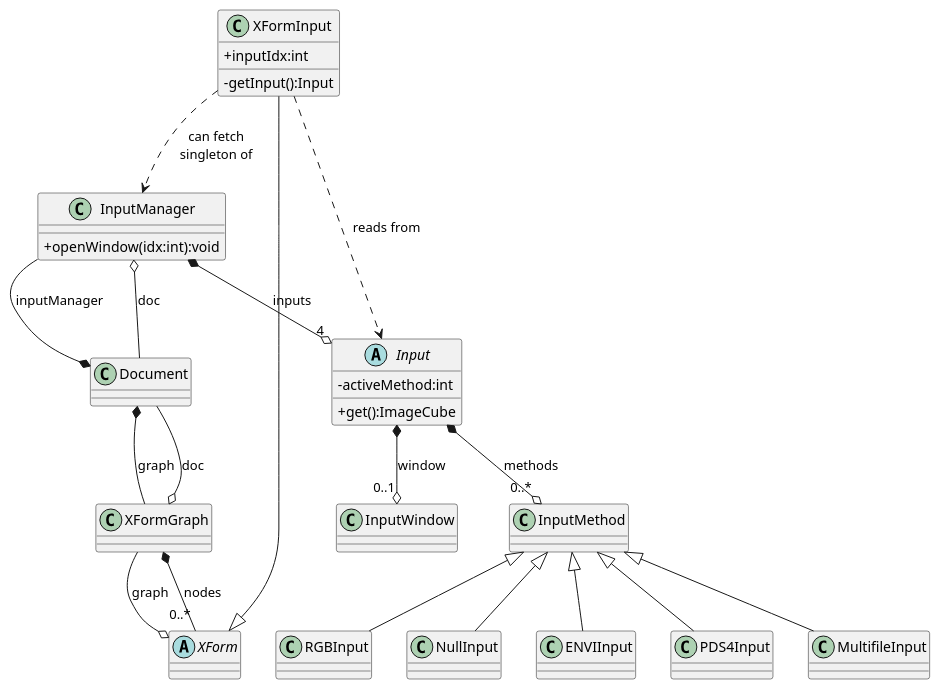
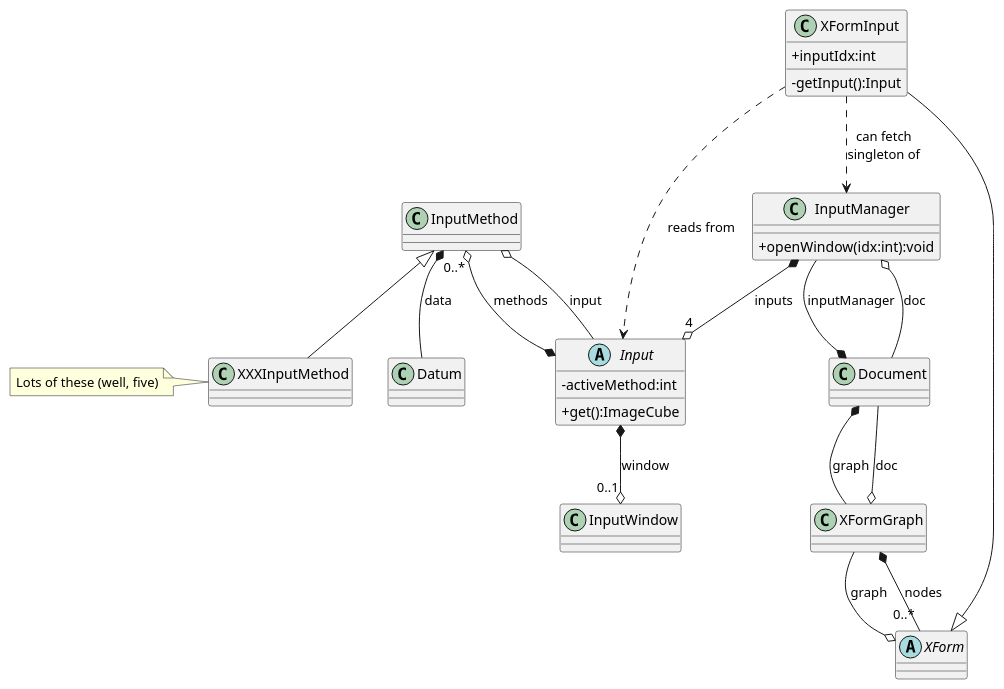
One commit to AU-ExoMars/PCOT changed the diagram in docs/inputs.plantuml. Above: the diagram before and after it, drawn with PlantUML. The commit also changed 16 other files, not shown here.

```diff
--- a/docs/inputs.plantuml
+++ b/docs/inputs.plantuml
@@ -1,46 +1,46 @@
 @startuml
 skinparam classAttributeIconSize 0
 
 class InputManager {
     +openWindow(idx:int):void
 }
 
 Document *-- InputManager: inputManager
 InputManager o-- Document : doc
 
 Document *-- XFormGraph : graph
 XFormGraph o-- Document  : doc
 
 abstract class Input {
     -activeMethod:int
     +get():ImageCube
 }
 
 InputManager *--o "4" Input : inputs
 
 Input *--o "0..*" InputMethod : methods
 
-InputMethod <|-- MultifileInput
-InputMethod <|-- RGBInput
-InputMethod <|-- NullInput
-InputMethod <|-- ENVIInput
-InputMethod <|-- PDS4Input
+InputMethod <|-- "XXXInputMethod"
+note left: Lots of these (well, five)
+
+InputMethod o-- Input : input
+InputMethod *-- Datum : data
 
 XFormGraph *-- "0..*" XForm: nodes
 XFormInput ..> Input: "reads from"
 
 abstract class XForm {
 }
 
 XFormInput --|> XForm
 XForm o-- XFormGraph : graph
 
 Input *--o "0..1" InputWindow : window
 
 class XFormInput {
     +inputIdx:int
     -getInput():Input
 }
 
 XFormInput ..> InputManager: "can fetch\nsingleton of"
 @enduml
```
